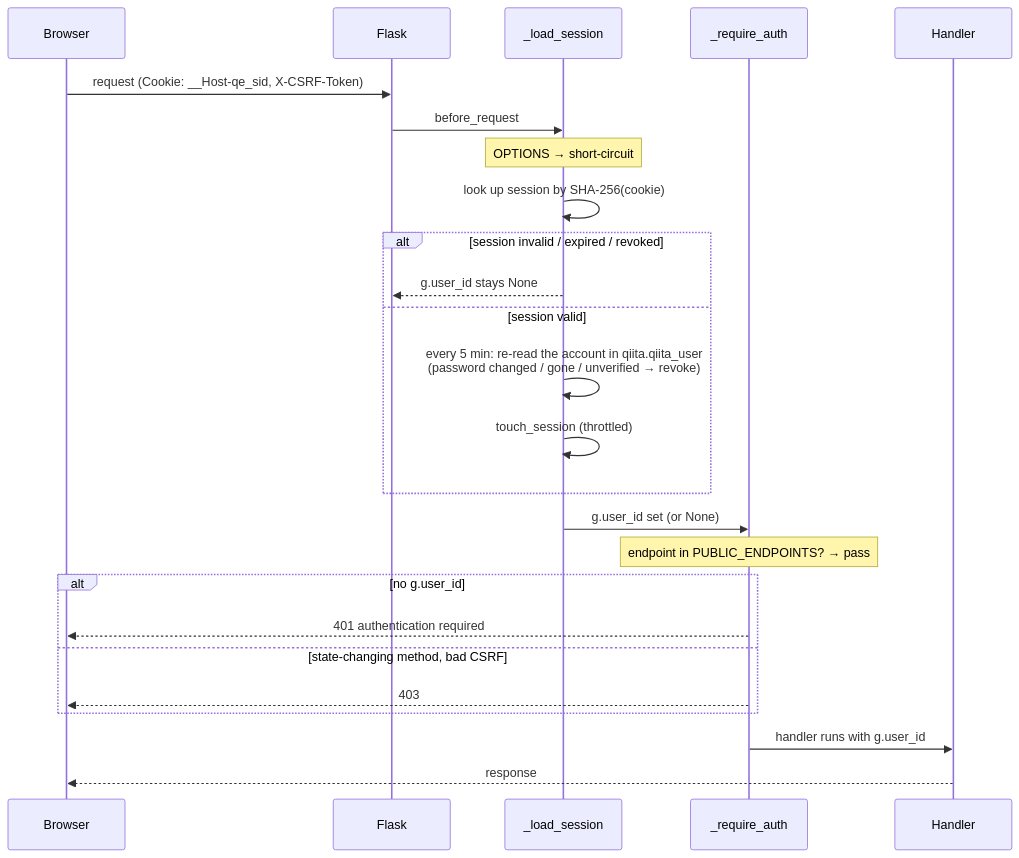
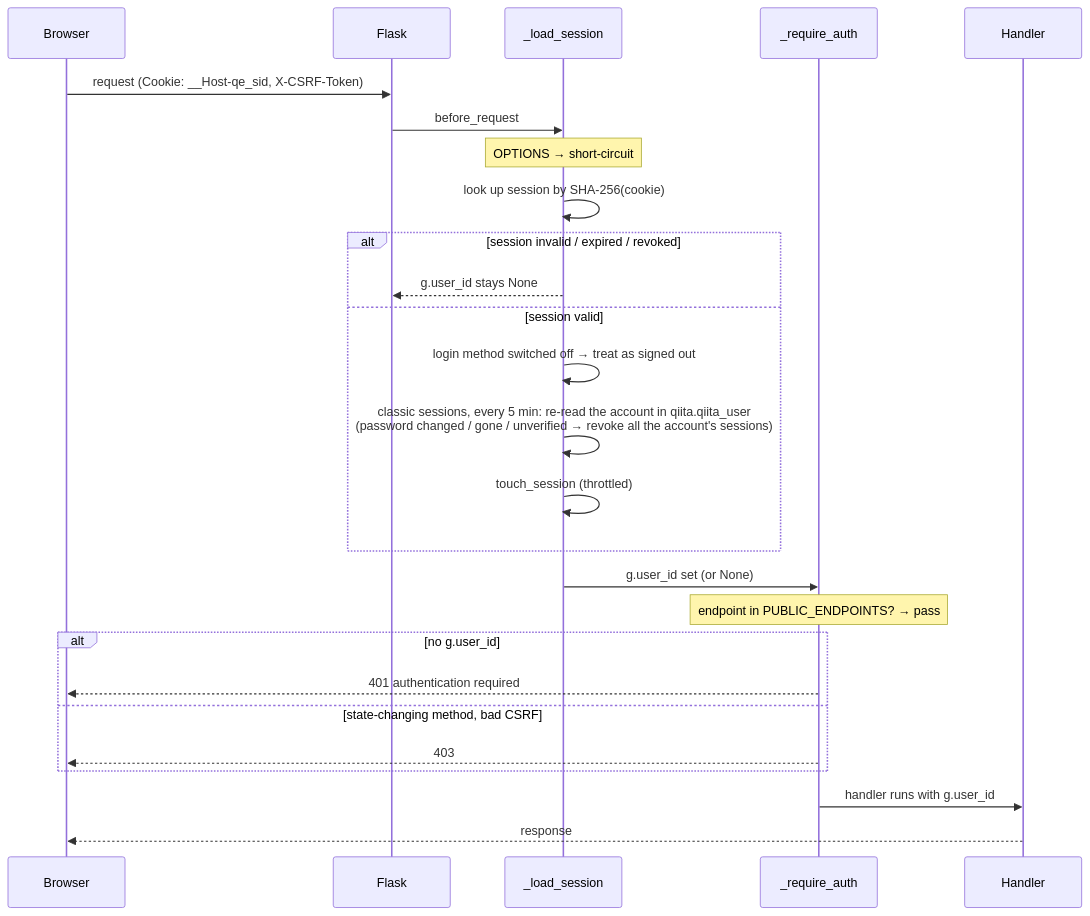
One commit to dhruvviveksharma/QiitaExplore changed the second of 2 diagrams in docs/01-architecture.md. Above: the diagram before and after it, drawn with Mermaid. The commit also changed other lines of this file and 34 other files, not shown here.

````diff
--- a/docs/01-architecture.md
+++ b/docs/01-architecture.md
@@ -123,28 +125,29 @@
 ```mermaid
 sequenceDiagram
     participant B as Browser
     participant F as Flask
     participant M1 as _load_session
     participant M2 as _require_auth
     participant H as Handler
 
     B->>F: request (Cookie: __Host-qe_sid, X-CSRF-Token)
     F->>M1: before_request #1
     Note over M1: OPTIONS → short-circuit
     M1->>M1: look up session by SHA-256(cookie)
     alt session invalid / expired / revoked
         M1-->>F: g.user_id stays None
     else session valid
-        M1->>M1: every 5 min: re-read the account in qiita.qiita_user<br/>(password changed / gone / unverified → revoke)
+        M1->>M1: login method switched off → treat as signed out
+        M1->>M1: classic sessions, every 5 min: re-read the account in qiita.qiita_user<br/>(password changed / gone / unverified → revoke all the account's sessions)
         M1->>M1: touch_session (throttled)
     end
     M1->>M2: g.user_id set (or None)
     Note over M2: endpoint in PUBLIC_ENDPOINTS? → pass
     alt no g.user_id
         M2-->>B: 401 authentication required
     else state-changing method, bad CSRF
         M2-->>B: 403
     end
     M2->>H: handler runs with g.user_id
     H-->>B: response
 ```
````
